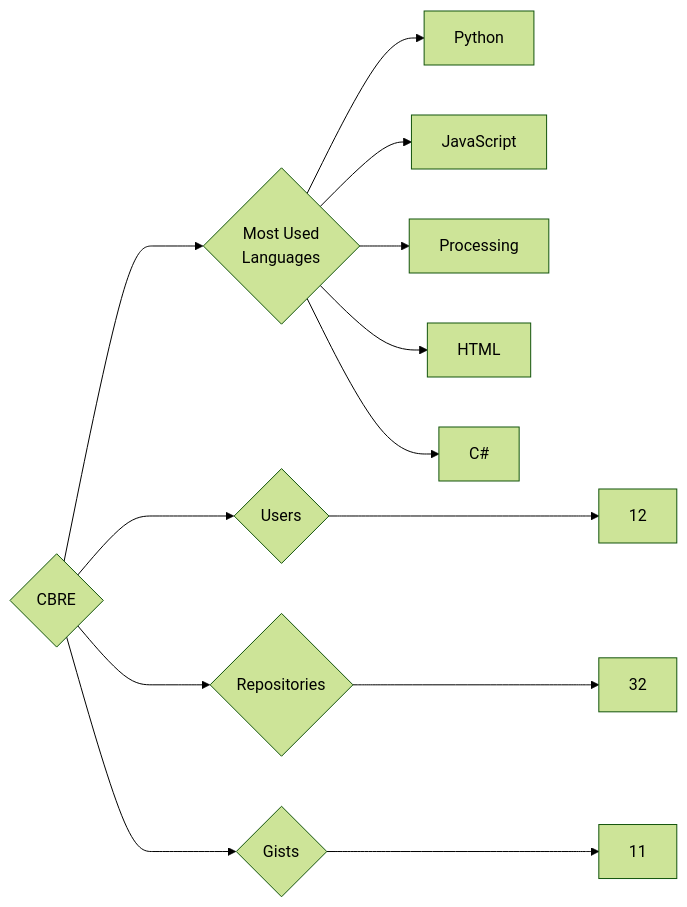
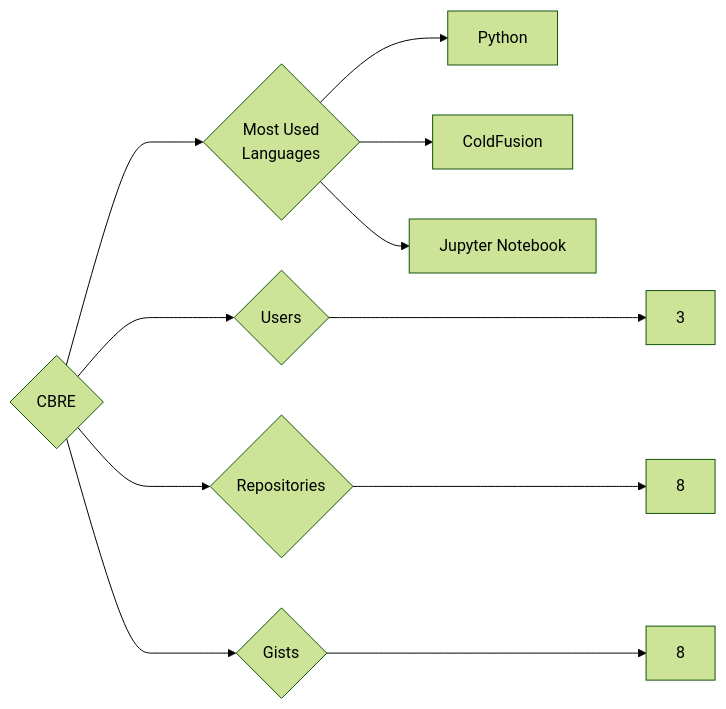
The diagram in targets/CBRE/README.md (trickest/insiders), drawn with Mermaid (forest theme) before and after one commit. The commit also changed 899 other files, not shown here.

````diff
--- a/targets/CBRE/README.md
+++ b/targets/CBRE/README.md
@@ -3,13 +3,11 @@
 ```mermaid
 graph LR
 COMPANY_NAME{CBRE}
-COMPANY_NAME ---> U{Users} ---> UN[12]
-COMPANY_NAME ---> R{Repositories} ---> RN[32]
-COMPANY_NAME ---> G{Gists} ---> GN[11]
+COMPANY_NAME ---> U{Users} ---> UN[3]
+COMPANY_NAME ---> R{Repositories} ---> RN[8]
+COMPANY_NAME ---> G{Gists} ---> GN[8]
 COMPANY_NAME ---> ML{Most Used<br>Languages}
 ML --> Python[Python]
-ML --> JavaScript[JavaScript]
-ML --> Processing[Processing]
-ML --> HTML[HTML]
-ML --> C#[C#]
+ML --> ColdFusion[ColdFusion]
+ML --> Jupyter_Notebook[Jupyter Notebook]
 ```
````
